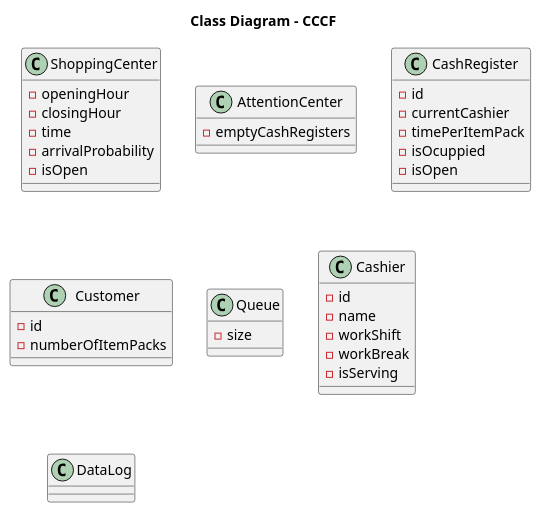
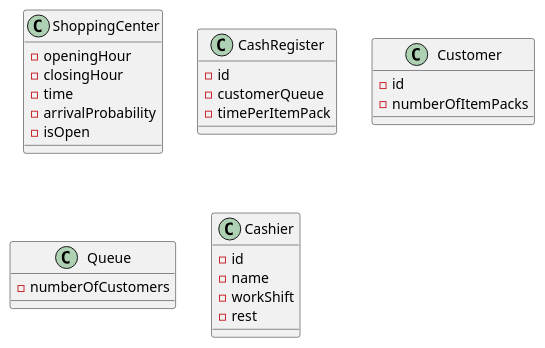
One commit to mmasias/23-24-IdSw2-SDD changed the diagram in modelosUML/VersionesAntiguas/diagramaClasesSueltas.puml. Above: the diagram before and after it, drawn with PlantUML.

Commit message:
diagrama de estados

```diff
--- a/modelosUML/VersionesAntiguas/diagramaClasesSueltas.puml
+++ b/modelosUML/VersionesAntiguas/diagramaClasesSueltas.puml
@@ -1,48 +1,36 @@
 @startuml
-
-skinparam linetype polyline
-
-title Class Diagram - CCCF
 
 class ShoppingCenter {
     - openingHour
     - closingHour
     - time
     - arrivalProbability
     - isOpen
 }
 
-class AttentionCenter{
-    - emptyCashRegisters
-}
-
 class CashRegister {
     - id
-    - currentCashier
+    - customerQueue
     - timePerItemPack
-    - isOcuppied
-    - isOpen
 }
 
 class Customer {
     - id
     - numberOfItemPacks
 }
 
 class Queue {
-    - size
+    - numberOfCustomers
 }
 
 class Cashier {
     - id
     - name
     - workShift
-    - workBreak
-    - isServing
+    - rest
 }
 
-class DataLog{
 
-}
+
 
 @enduml
```
